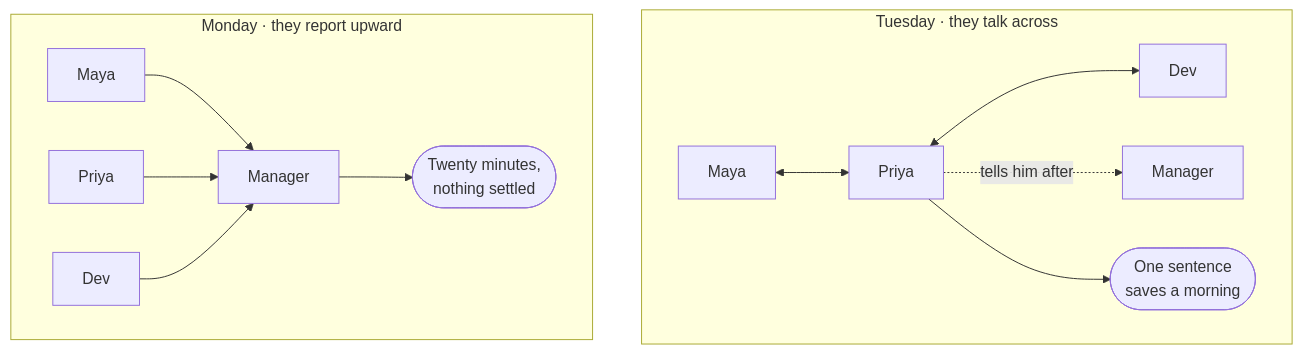
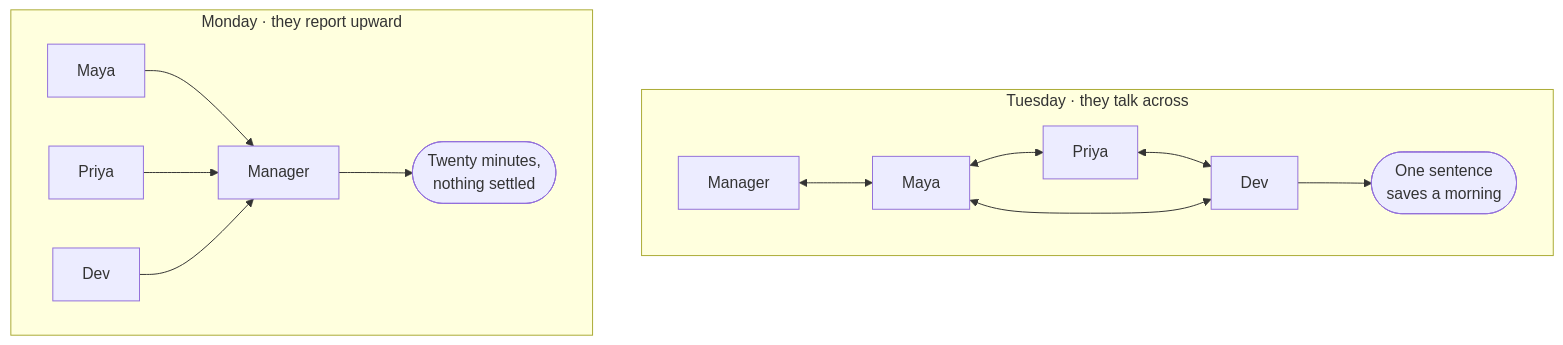
One commit to Laticent/lattice changed the first of 19 diagrams in examples/system-design-foundations.md. Above: the diagram before and after it, drawn with Mermaid. The commit also changed other lines of this file and 1 other file, not shown here.

````diff
--- a/examples/system-design-foundations.md
+++ b/examples/system-design-foundations.md
@@ -207,17 +207,18 @@
 ```mermaid
 flowchart TB
   subgraph tue["Tuesday · they talk across"]
     direction LR
     T1["Maya"] <--> T2["Priya"]
     T2 <--> T3["Dev"]
-    T2 -.->|"tells him after"| T4["Manager"]
-    T2 --> OUT2(["One sentence<br/>saves a morning"])
+    T1 <--> T3
+    T4["Manager"] <--> T1
+    T3 --> OUT2(["One sentence<br/>saves a morning"])
   end
   subgraph mon["Monday · they report upward"]
     direction LR
     M1["Maya"] --> MM["Manager"]
     M2["Priya"] --> MM
     M3["Dev"] --> MM
     MM --> OUT1(["Twenty minutes,<br/>nothing settled"])
   end
 ```
````
